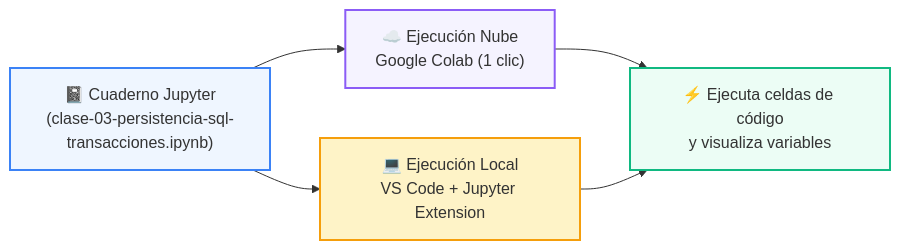
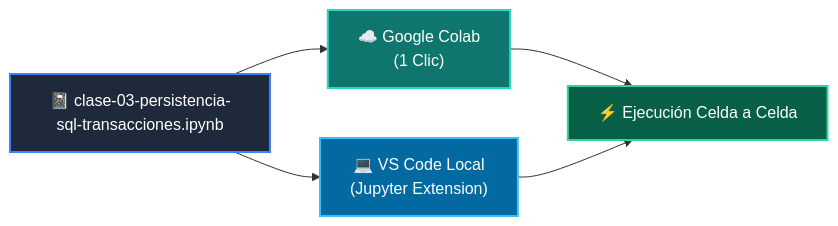
The diagram in 04-proyecto-final/clase-03-persistencia-sql-transacciones/notebook/README.md (wisrovi/wisrovi-python), drawn with Mermaid before and after one commit. The commit also changed other lines of this file and 271 other files, not shown here.

Commit message:
docs: rewrite all README.md files with bespoke topic-specific Mermaid diagrams and remove repetitive boilerplate

````diff
--- a/04-proyecto-final/clase-03-persistencia-sql-transacciones/notebook/README.md
+++ b/04-proyecto-final/clase-03-persistencia-sql-transacciones/notebook/README.md
@@ -14,12 +12,12 @@
 ```mermaid
 flowchart LR
-    NB["📓 Cuaderno Jupyter<br/>(clase-03-persistencia-sql-transacciones.ipynb)"] --> COLAB["☁️ Ejecución Nube<br/>Google Colab (1 clic)"]
-    NB --> LOCAL["💻 Ejecución Local<br/>VS Code + Jupyter Extension"]
-    COLAB --> RUN["⚡ Ejecuta celdas de código<br/>y visualiza variables"]
+    NB["📓 clase-03-persistencia-sql-transacciones.ipynb"] --> COLAB["☁️ Google Colab<br/>(1 Clic)"]
+    NB --> LOCAL["💻 VS Code Local<br/>(Jupyter Extension)"]
+    COLAB --> RUN["⚡ Ejecución Celda a Celda"]
     LOCAL --> RUN
 
-    style NB fill:#eff6ff,stroke:#3b82f6,stroke-width:2px
-    style COLAB fill:#f5f3ff,stroke:#8b5cf6,stroke-width:2px
-    style LOCAL fill:#fef3c7,stroke:#f59e0b,stroke-width:2px
-    style RUN fill:#ecfdf5,stroke:#10b981,stroke-width:2px
+    style NB fill:#1e293b,color:#fff,stroke:#3b82f6,stroke-width:2px
+    style COLAB fill:#0f766e,color:#fff,stroke:#2dd4bf,stroke-width:2px
+    style LOCAL fill:#0369a1,color:#fff,stroke:#38bdf8,stroke-width:2px
+    style RUN fill:#065f46,color:#fff,stroke:#34d399,stroke-width:2px
 ```
````
